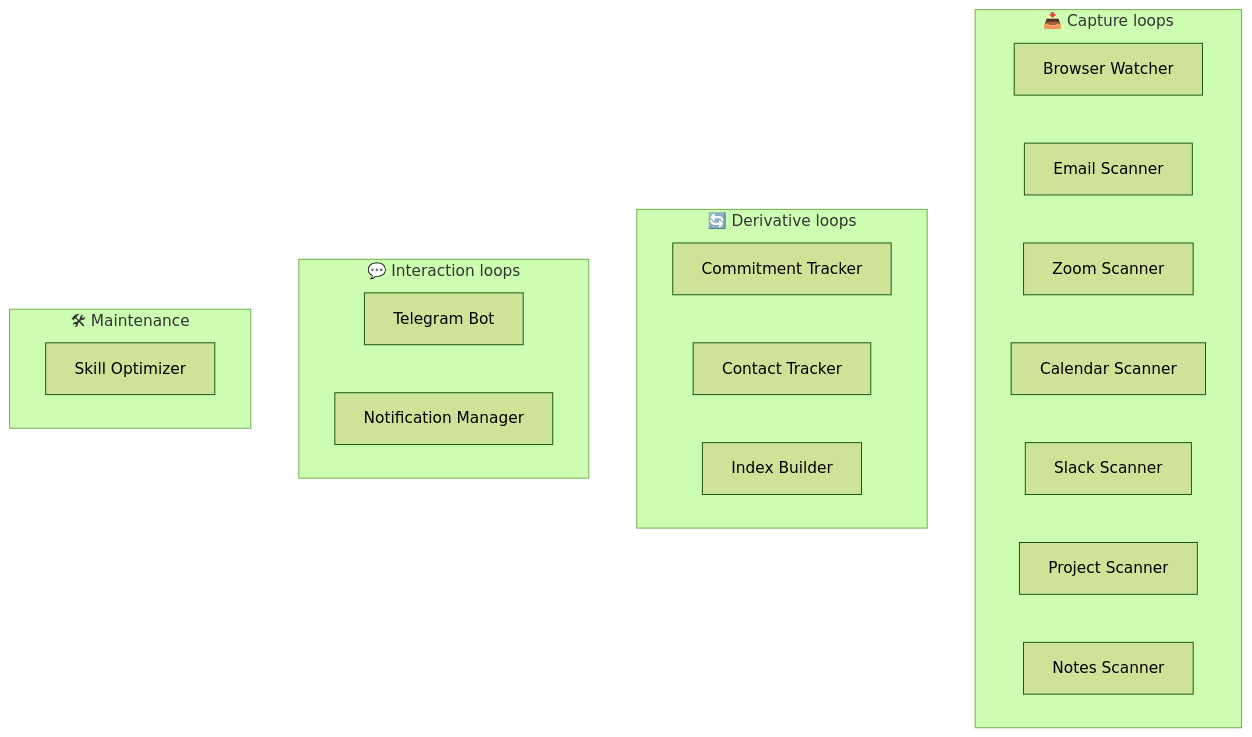
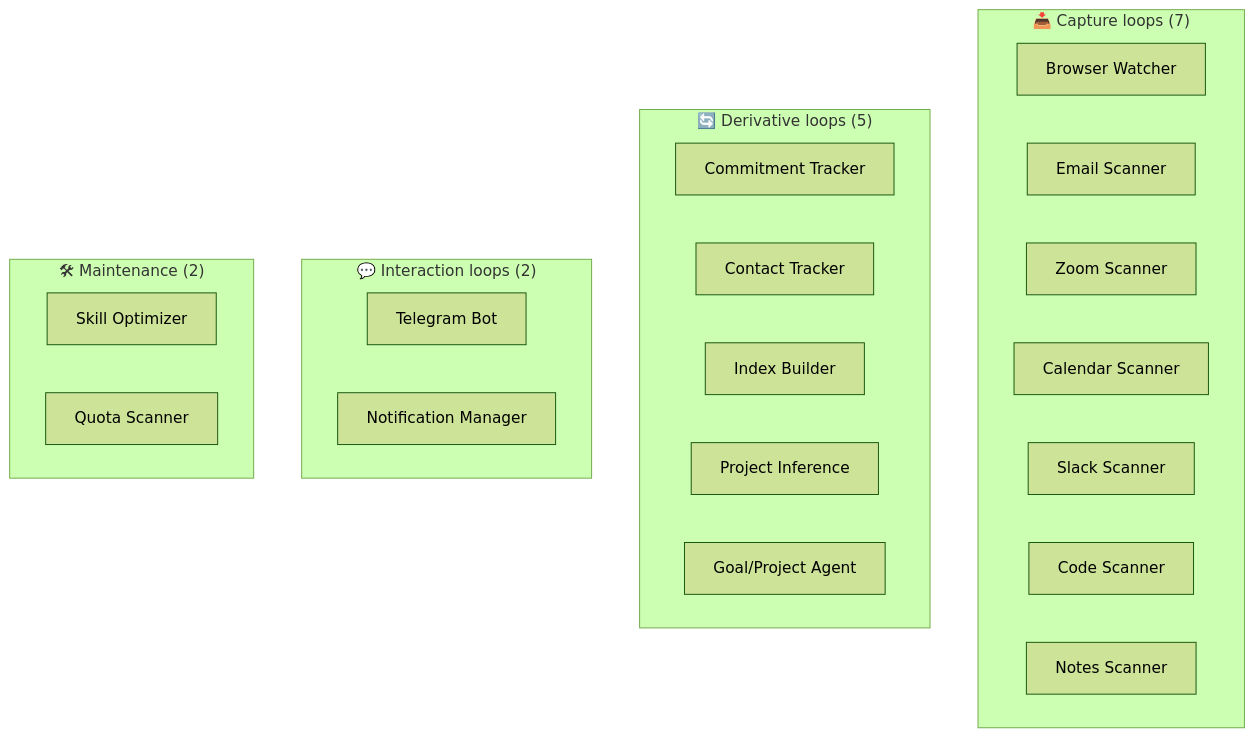
One commit to chrisbrobertson/felix changed the second of 9 diagrams in README.md. Above: the diagram before and after it, drawn with Mermaid (forest theme). The commit also changed other lines of this file and 1 other file, not shown here.

````diff
--- a/README.md
+++ b/README.md
@@ -98,24 +98,27 @@
 ```mermaid
 graph TB
-    subgraph CAPTURE["📥 Capture loops"]
+    subgraph CAPTURE["📥 Capture loops (7)"]
         BW[Browser Watcher]
         ES[Email Scanner]
         ZS[Zoom Scanner]
         CS[Calendar Scanner]
         SS[Slack Scanner]
-        PS[Project Scanner]
+        CDS[Code Scanner]
         NS[Notes Scanner]
     end
-    subgraph DERIVE["🔄 Derivative loops"]
+    subgraph DERIVE["🔄 Derivative loops (5)"]
         CT[Commitment Tracker]
         CON[Contact Tracker]
         IB[Index Builder]
+        PI[Project Inference]
+        GA[Goal/Project Agent]
     end
-    subgraph INTERACT["💬 Interaction loops"]
+    subgraph INTERACT["💬 Interaction loops (2)"]
         TG[Telegram Bot]
         NM[Notification Manager]
     end
-    subgraph MAINTAIN["🛠 Maintenance"]
+    subgraph MAINTAIN["🛠 Maintenance (2)"]
         SO[Skill Optimizer]
+        QS[Quota Scanner]
     end
 ```
````
